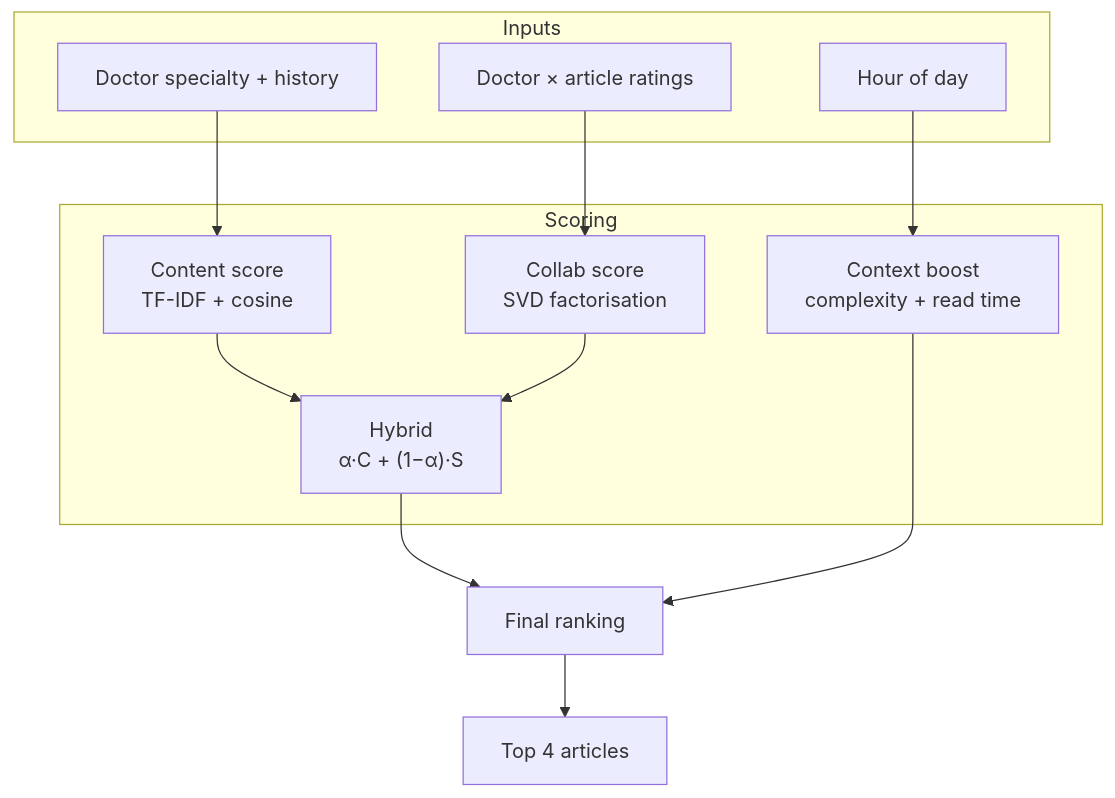
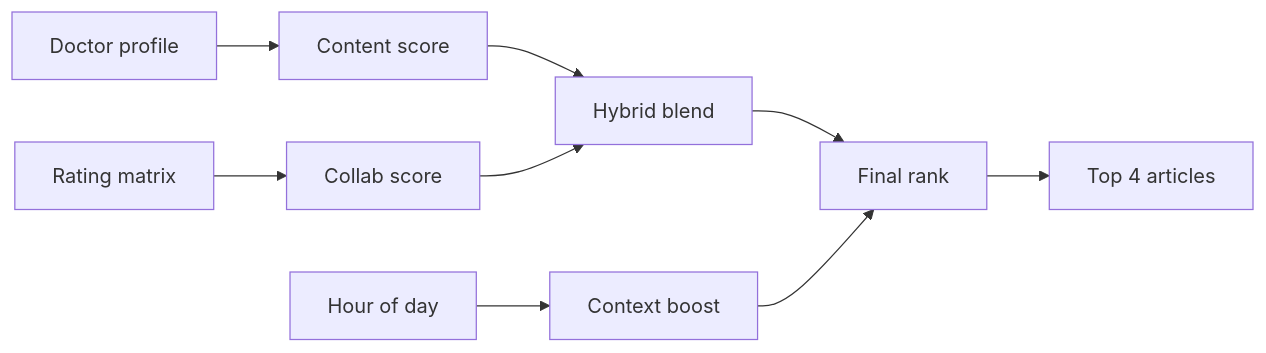
Before and after one commit to wasimahmadpk/MedX: the diagram in README.md, drawn with Mermaid. The commit also changed other lines of this file, not shown here.

````diff
--- a/README.md
+++ b/README.md
@@ -53,24 +57,11 @@
 ```mermaid
-flowchart TB
-  subgraph inputs [Inputs]
-    D[Doctor specialty + history]
-    R[Doctor × article ratings]
-    T[Hour of day]
-  end
-
-  subgraph models [Scoring]
-    C[Content score\nTF-IDF + cosine]
-    S[Collab score\nSVD factorisation]
-    H["Hybrid\nα·C + (1−α)·S"]
-    X[Context boost\ncomplexity + read time]
-  end
-
-  D --> C
-  R --> S
-  C --> H
+flowchart LR
+  A[Doctor profile] --> C[Content score]
+  B[Rating matrix] --> S[Collab score]
+  C --> H[Hybrid blend]
   S --> H
-  T --> X
-  H --> F[Final ranking]
+  T[Hour of day] --> X[Context boost]
+  H --> F[Final rank]
   X --> F
-  F --> O[Top 4 articles]
+  F --> R[Top 4 articles]
 ```
````
